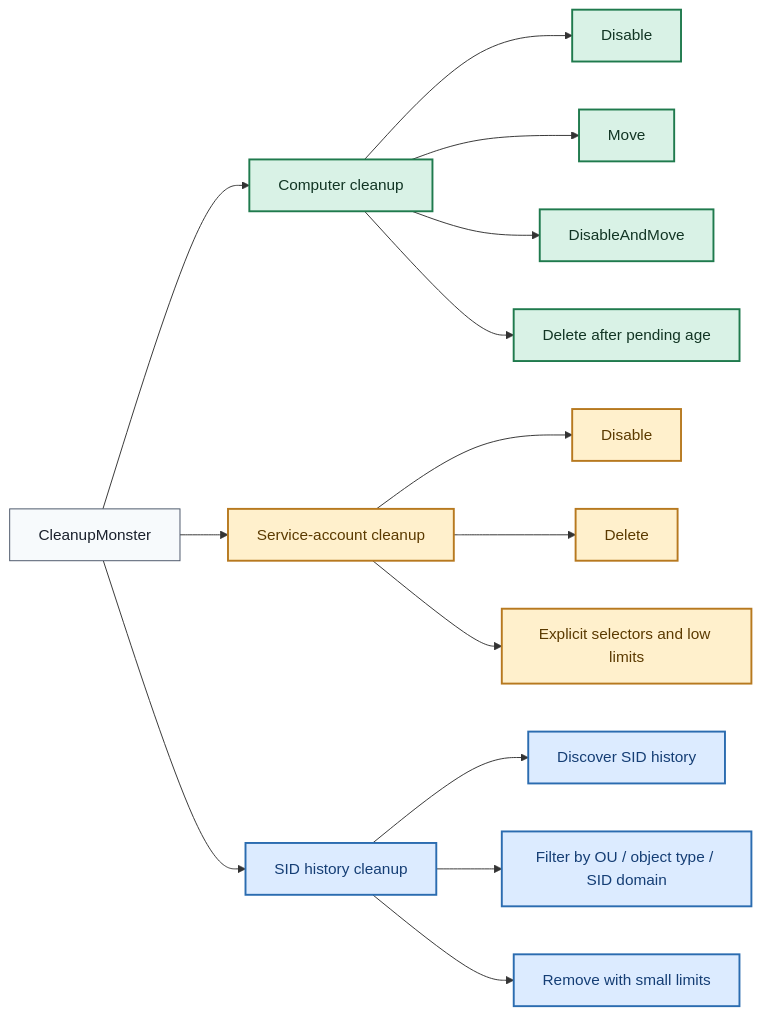
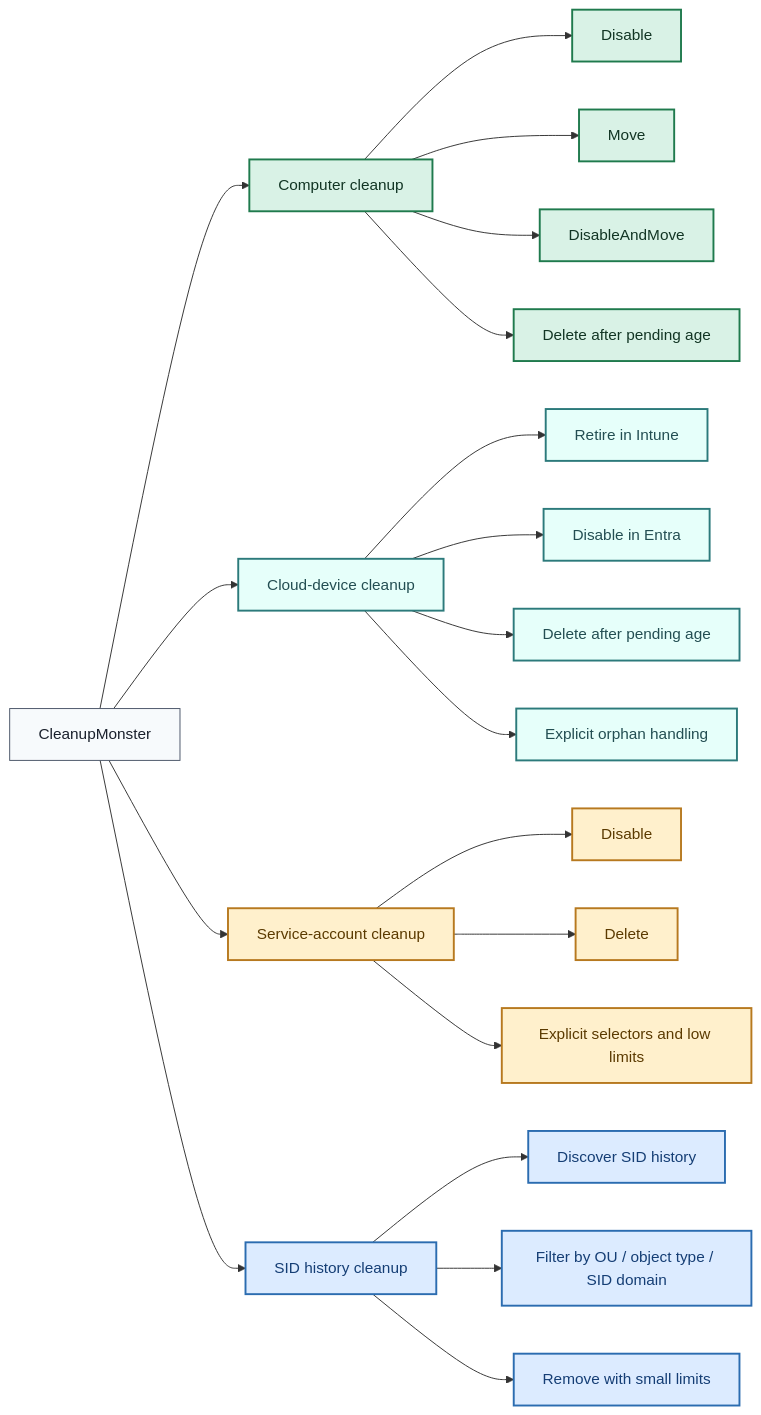
One commit to EvotecIT/CleanupMonster changed the first of 5 diagrams in README.MD. Above: the diagram before and after it, drawn with Mermaid. The commit also changed other lines of this file and 16 other files, not shown here.

First line of the commit message:
Guard cloud device follow-up cleanup

````diff
--- a/README.MD
+++ b/README.MD
@@ -88,29 +88,37 @@
 ```mermaid
 flowchart LR
     classDef computer fill:#D9F2E6,stroke:#1F7A4D,stroke-width:2px,color:#123524;
+    classDef cloud fill:#E6FFFA,stroke:#2C7A7B,stroke-width:2px,color:#234E52;
     classDef service fill:#FFF0CC,stroke:#B7791F,stroke-width:2px,color:#5B3A00;
     classDef sid fill:#DCEBFF,stroke:#2B6CB0,stroke-width:2px,color:#153E75;
     classDef action fill:#F7FAFC,stroke:#4A5568,stroke-width:1px,color:#1A202C;
 
     A["CleanupMonster"] --> B["Computer cleanup"]
-    A --> C["Service-account cleanup"]
-    A --> D["SID history cleanup"]
+    A --> C["Cloud-device cleanup"]
+    A --> D["Service-account cleanup"]
+    A --> E["SID history cleanup"]
 
     B --> B1["Disable"]
     B --> B2["Move"]
     B --> B3["DisableAndMove"]
     B --> B4["Delete after pending age"]
 
-    C --> C1["Disable"]
-    C --> C2["Delete"]
-    C --> C3["Explicit selectors and low limits"]
+    C --> C1["Retire in Intune"]
+    C --> C2["Disable in Entra"]
+    C --> C3["Delete after pending age"]
+    C --> C4["Explicit orphan handling"]
 
-    D --> D1["Discover SID history"]
-    D --> D2["Filter by OU / object type / SID domain"]
-    D --> D3["Remove with small limits"]
+    D --> D1["Disable"]
+    D --> D2["Delete"]
+    D --> D3["Explicit selectors and low limits"]
+
+    E --> E1["Discover SID history"]
+    E --> E2["Filter by OU / object type / SID domain"]
+    E --> E3["Remove with small limits"]
 
     class B,B1,B2,B3,B4 computer;
-    class C,C1,C2,C3 service;
-    class D,D1,D2,D3 sid;
+    class C,C1,C2,C3,C4 cloud;
+    class D,D1,D2,D3 service;
+    class E,E1,E2,E3 sid;
     class A action;
 ```
````
